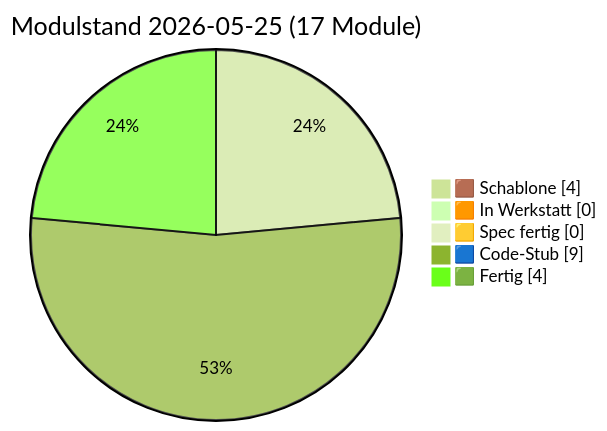
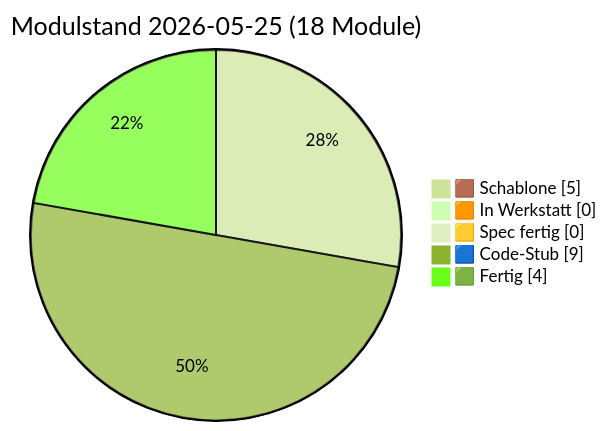
One commit to lausiklauskn-png/Sage-Protokol changed the diagram in docs/PULS.md. Above: the diagram before and after it, drawn with Mermaid (forest theme). The commit also changed other lines of this file and 6 other files, not shown here.

````diff
--- a/docs/PULS.md
+++ b/docs/PULS.md
@@ -21,9 +21,9 @@
 ```mermaid
 pie showData
-  title Modulstand 2026-05-25 (17 Module)
-  "🟫 Schablone" : 4
+  title Modulstand 2026-05-25 (18 Module)
+  "🟫 Schablone" : 5
   "🟧 In Werkstatt" : 0
   "🟨 Spec fertig" : 0
   "🟦 Code-Stub" : 9
   "🟩 Fertig" : 4
 ```
````
